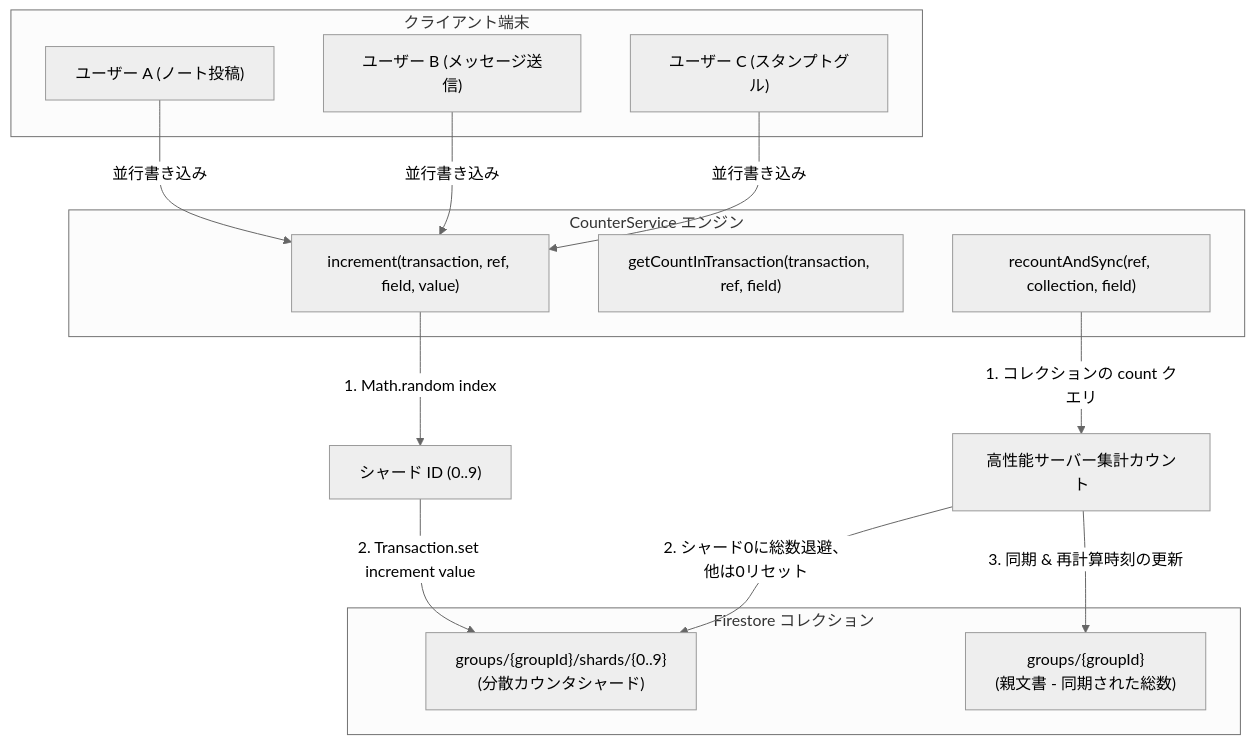
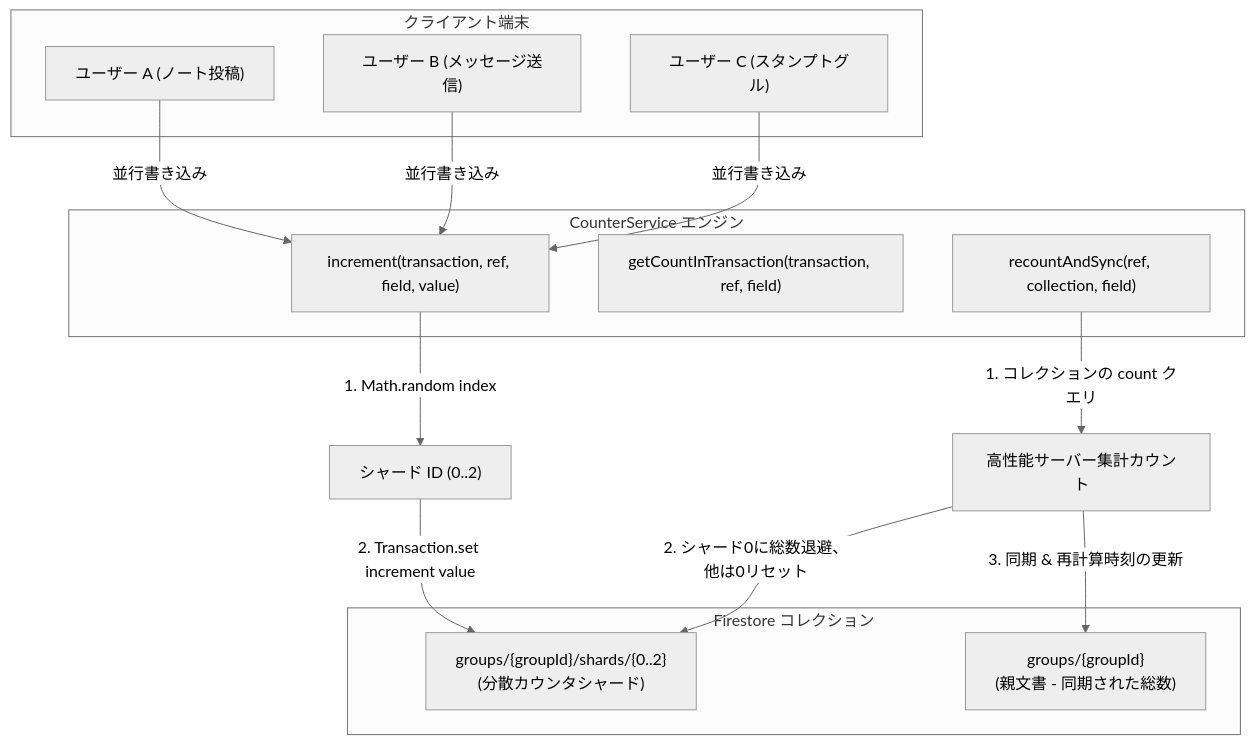
The first of 2 diagrams in docs/ja/details/firestore-transactions-counters.md (ScriptureHabit/scripture-habit), drawn with Mermaid (neutral theme) before and after one commit. The commit also changed other lines of this file and 57 other files, not shown here.

````diff
--- a/docs/ja/details/firestore-transactions-counters.md
+++ b/docs/ja/details/firestore-transactions-counters.md
@@ -9,27 +9,27 @@
 ```mermaid
 flowchart TD
     subgraph Client ["クライアント端末"]
         C1["ユーザー A (ノート投稿)"]
         C2["ユーザー B (メッセージ送信)"]
         C3["ユーザー C (スタンプトグル)"]
     end
 
     subgraph Service ["CounterService エンジン"]
         Inc["increment(transaction, ref, field, value)"]
         Get["getCountInTransaction(transaction, ref, field)"]
         Recount["recountAndSync(ref, collection, field)"]
     end
 
     subgraph Firestore ["Firestore コレクション"]
         Group["groups/{groupId}\n(親文書 - 同期された総数)"]
-        shards["groups/{groupId}/shards/{0..9}\n(分散カウンタシャード)"]
+        shards["groups/{groupId}/shards/{0..2}\n(分散カウンタシャード)"]
     end
 
     C1 & C2 & C3 -->|並行書き込み| Inc
-    Inc -->|1. Math.random index| ShardID["シャード ID (0..9)"]
+    Inc -->|1. Math.random index| ShardID["シャード ID (0..2)"]
     ShardID -->|2. Transaction.set increment value| shards
     
     Recount -->|1. コレクションの count クエリ| dbCount["高性能サーバー集計カウント"]
     dbCount -->|2. シャード0に総数退避、他は0リセット| shards
     dbCount -->|3. 同期 & 再計算時刻の更新| Group
 ```
````
